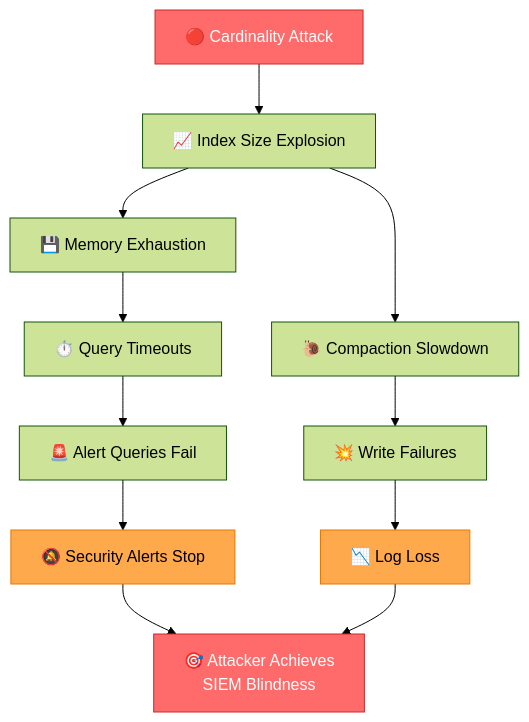
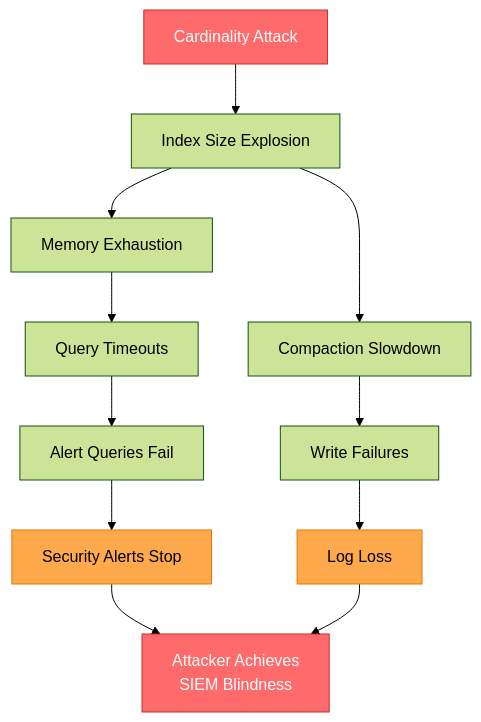
Before and after one commit to davidseitz/SichereDMZ: the sixth of 8 diagrams in attacks/docs/LOKI_ATTACK_DOCUMENTATION.md, drawn with Mermaid (forest theme). The commit also changed other lines of this file and 1 other file, not shown here.

````diff
--- a/attacks/docs/LOKI_ATTACK_DOCUMENTATION.md
+++ b/attacks/docs/LOKI_ATTACK_DOCUMENTATION.md
@@ -465,20 +499,20 @@
 ```mermaid
 flowchart TD
-    A["🔴 Cardinality Attack"] --> B["📈 Index Size Explosion"]
-    B --> C["💾 Memory Exhaustion"]
-    C --> D["⏱️ Query Timeouts"]
-    D --> E["🚨 Alert Queries Fail"]
-    E --> F["🔕 Security Alerts Stop"]
+    A["Cardinality Attack"] --> B["Index Size Explosion"]
+    B --> C["Memory Exhaustion"]
+    C --> D["Query Timeouts"]
+    D --> E["Alert Queries Fail"]
+    E --> F["Security Alerts Stop"]
     
-    B --> G["🐌 Compaction Slowdown"]
-    G --> H["💥 Write Failures"]
-    H --> I["📉 Log Loss"]
+    B --> G["Compaction Slowdown"]
+    G --> H["Write Failures"]
+    H --> I["Log Loss"]
     
-    F --> J["🎯 Attacker Achieves<br/>SIEM Blindness"]
+    F --> J["Attacker Achieves<br/>SIEM Blindness"]
     I --> J
     
     style A fill:#ff6b6b,stroke:#c92a2a,color:white
     style J fill:#ff6b6b,stroke:#c92a2a,color:white
     style F fill:#ffa94d,stroke:#e67700
     style I fill:#ffa94d,stroke:#e67700
 ```
````
